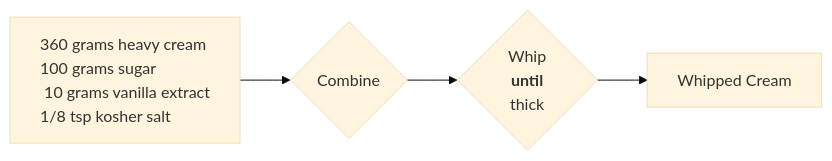
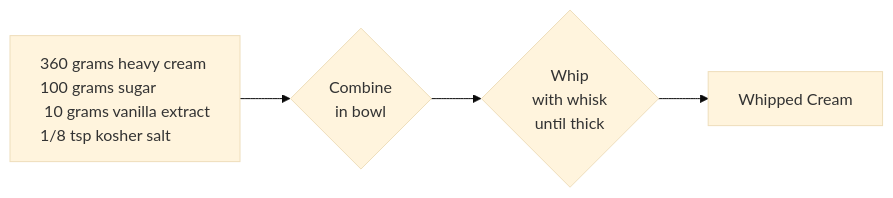
The diagram in README.md (vincentl/aquilo), drawn with Mermaid before and after one commit. The commit also changed other lines of this file, not shown here.

````diff
--- a/README.md
+++ b/README.md
@@ -11,24 +11,25 @@
 ```mermaid
 %%{
   init: {
     'theme': 'base',
     'themeVariables': {
       'fontFamily': 'monospace'
     }
   }
 }%%
 flowchart LR
   I["360 grams heavy cream
 100 grams sugar
  10 grams vanilla extract
 1/8 tsp kosher salt"]
-  C{Combine}
+  C{"Combine
+in bowl"}
   W{"Whip
-<b>until</b>
-thick"}
+with whisk
+until thick"}
   T[Whipped Cream]
   I --> C;
   C --> W;
   W --> T;
   style I text-align:left
 ```
````
